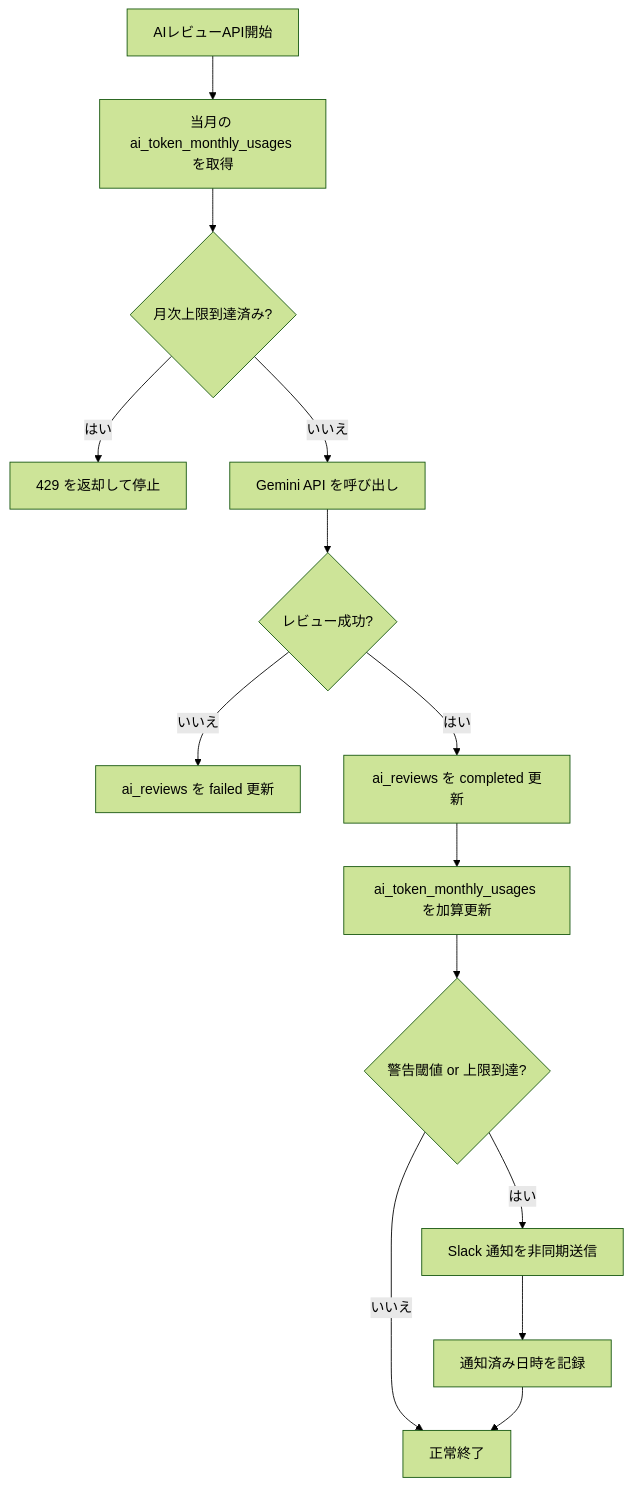
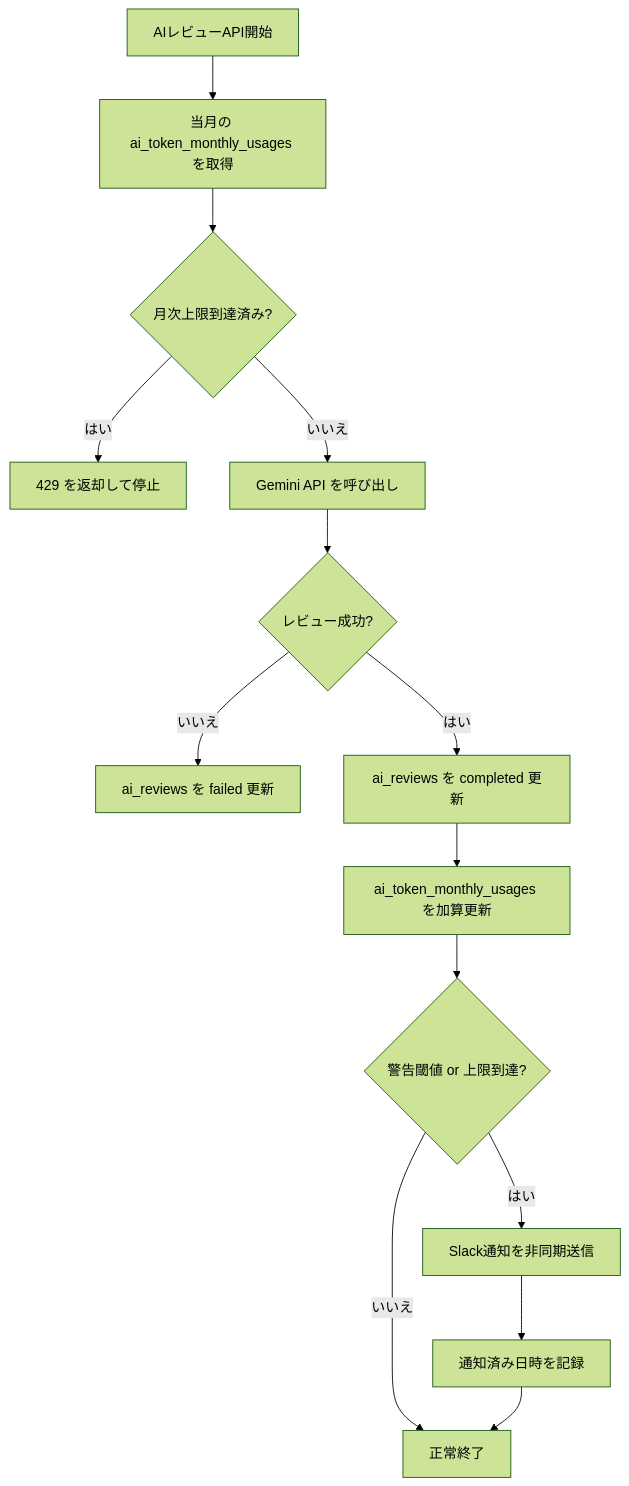
The seventh of 7 diagrams in docs/specification.md (Singuralitylabs/sinlab-study), drawn with Mermaid (forest theme) before and after one commit. The commit also changed other lines of this file and 3 other files, not shown here.

````diff
--- a/docs/specification.md
+++ b/docs/specification.md
@@ -694,16 +697,16 @@
 ```mermaid
 flowchart TD
     A[AIレビューAPI開始] --> B[当月の ai_token_monthly_usages を取得]
     B --> C{月次上限到達済み?}
     C -->|はい| X[429 を返却して停止]
     C -->|いいえ| D[Gemini API を呼び出し]
     D --> E{レビュー成功?}
     E -->|いいえ| F[ai_reviews を failed 更新]
     E -->|はい| G[ai_reviews を completed 更新]
     G --> H[ai_token_monthly_usages を加算更新]
     H --> I{警告閾値 or 上限到達?}
     I -->|いいえ| Z[正常終了]
-    I -->|はい| J[Slack 通知を非同期送信]
+    I -->|はい| J[Slack通知を非同期送信]
     J --> K[通知済み日時を記録]
     K --> Z
 ```
````
